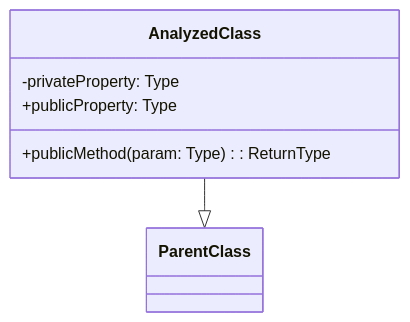
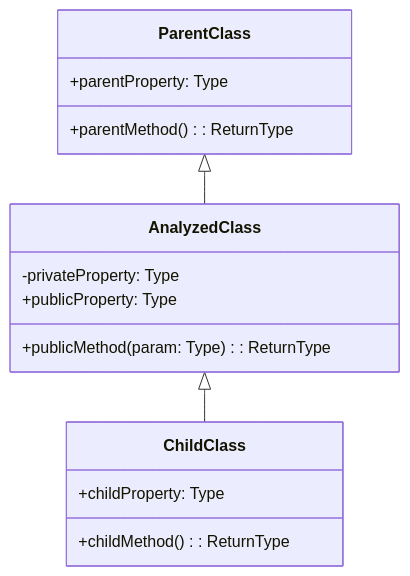
One commit to hyh19/ai changed the first of 2 diagrams in prompts/android/android_analyze_kotlin_file_prompt_3.29.md. Above: the diagram before and after it, drawn with Mermaid. The commit also changed other lines of this file, not shown here.

````diff
--- a/prompts/android/android_analyze_kotlin_file_prompt_3.29.md
+++ b/prompts/android/android_analyze_kotlin_file_prompt_3.29.md
@@ -59,9 +59,21 @@
   ```mermaid
   classDiagram
+      ParentClass <|-- AnalyzedClass
+      AnalyzedClass <|-- ChildClass
+      
+      class ParentClass {
+          +parentProperty: Type
+          +parentMethod(): ReturnType
+      }
+      
       class AnalyzedClass {
           -privateProperty: Type
           +publicProperty: Type
           +publicMethod(param: Type): ReturnType
       }
-      AnalyzedClass --|> ParentClass
+      
+      class ChildClass {
+          +childProperty: Type
+          +childMethod(): ReturnType
+      }
   ```
````
